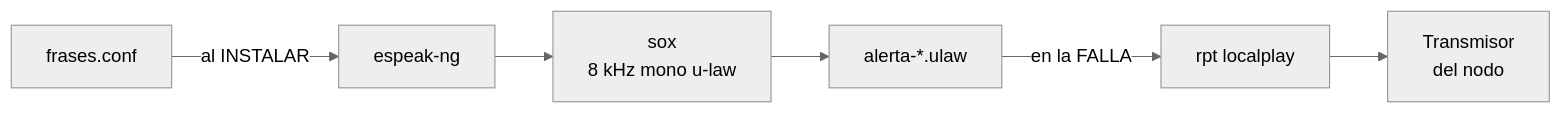
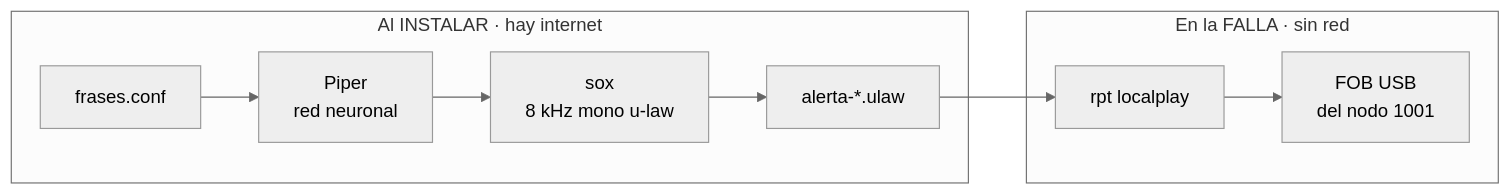
Before and after one commit to xe2mbe/gabinete-fan: the diagram in extras/radio-alerta/README.md, drawn with Mermaid (neutral theme). The commit also changed other lines of this file and 2 other files, not shown here.

First line of the commit message:
Usar Piper para la voz: la generacion puede permitirse ser lenta

````diff
--- a/extras/radio-alerta/README.md
+++ b/extras/radio-alerta/README.md
@@ -24,8 +19,12 @@
 ```mermaid
 flowchart LR
-    A["frases.conf"] -->|"al INSTALAR"| B["espeak-ng"]
-    B --> C["sox<br/>8 kHz mono u-law"]
-    C --> D["alerta-*.ulaw"]
-    D -->|"en la FALLA"| E["rpt localplay"]
-    E --> F["Transmisor<br/>del nodo"]
+    subgraph I["Al INSTALAR · hay internet"]
+        A["frases.conf"] --> B["Piper<br/>red neuronal"]
+        B --> C["sox<br/>8 kHz mono u-law"]
+        C --> D["alerta-*.ulaw"]
+    end
+    subgraph F["En la FALLA · sin red"]
+        D --> E["rpt localplay"]
+        E --> G["FOB USB<br/>del nodo 1001"]
+    end
 ```
````
